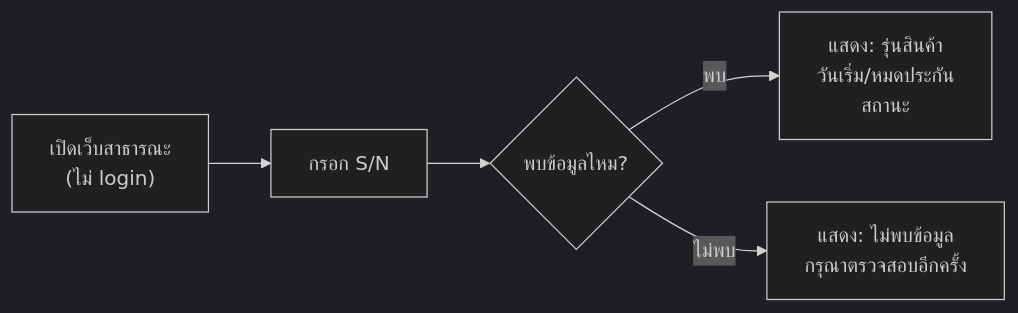
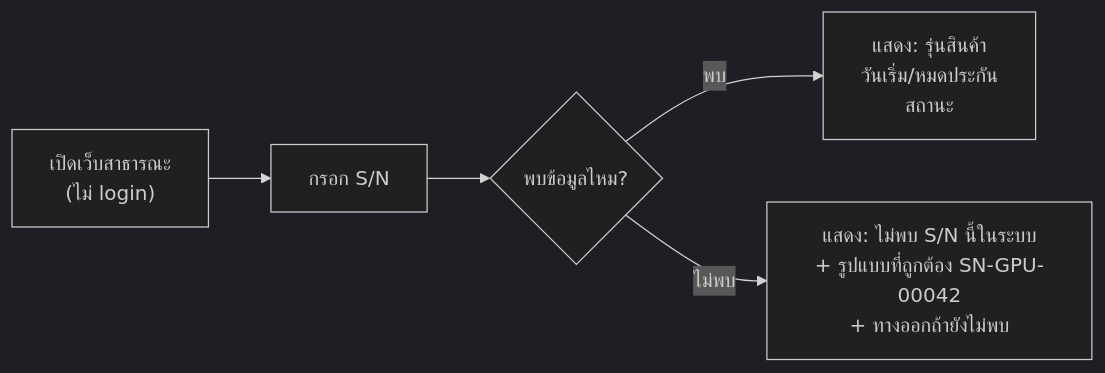
Before and after one commit to kit-sinlapasa/sme-inventory-system: the diagram in docs/diagrams/04.mmd, drawn with Mermaid (dark theme). The commit also changed 2 other files, not shown here.

Commit message:
docs: ซิงก์ Activity Diagram ให้ตรงกับข้อความ error ที่หน้าจอจริงแสดง (#31)
ไดอะแกรมยังเขียนว่าระบบแสดง 'ไม่พบข้อมูล กรุณาตรวจสอบอีกครั้ง'
ซึ่งเป็นข้อความเดิมก่อนแก้ D-02 — เป็นทางตันที่ผู้ใช้ไม่รู้ว่าต้องทำอะไรต่อ

หน้าจอจริงแก้ไปแล้วเป็น 3 บรรทัด: ไม่พบ S/N นี้ในระบบ / รูปแบบที่ถูกต้อง
SN-GPU-00042 / ทางออกถ้ายังไม่พบ ซึ่งตรงตาม AC ข้อ 2 ของ US-01

เจอตอนดึงไดอะแกรมมาใส่รายงานบทที่ 3 แล้วเทียบกับ WarrantyCheck.jsx

```diff
--- a/docs/diagrams/04.mmd
+++ b/docs/diagrams/04.mmd
@@ -1,5 +1,5 @@
 flowchart LR
     A["เปิดเว็บสาธารณะ<br/>(ไม่ login)"] --> B["กรอก S/N"]
     B --> C{พบข้อมูลไหม?}
     C -->|พบ| D["แสดง: รุ่นสินค้า<br/>วันเริ่ม/หมดประกัน<br/>สถานะ"]
-    C -->|ไม่พบ| E["แสดง: ไม่พบข้อมูล<br/>กรุณาตรวจสอบอีกครั้ง"]
+    C -->|ไม่พบ| E["แสดง: ไม่พบ S/N นี้ในระบบ<br/>+ รูปแบบที่ถูกต้อง SN-GPU-00042<br/>+ ทางออกถ้ายังไม่พบ"]
```
